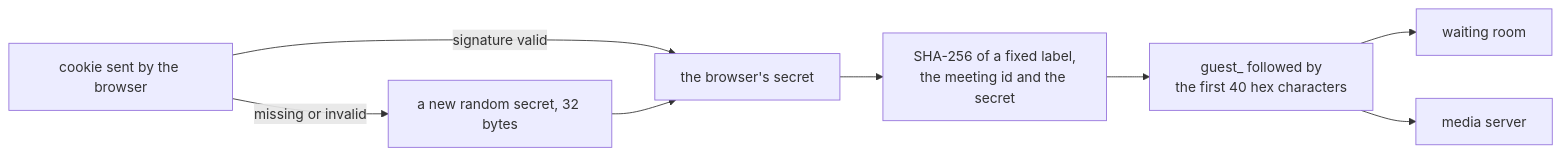
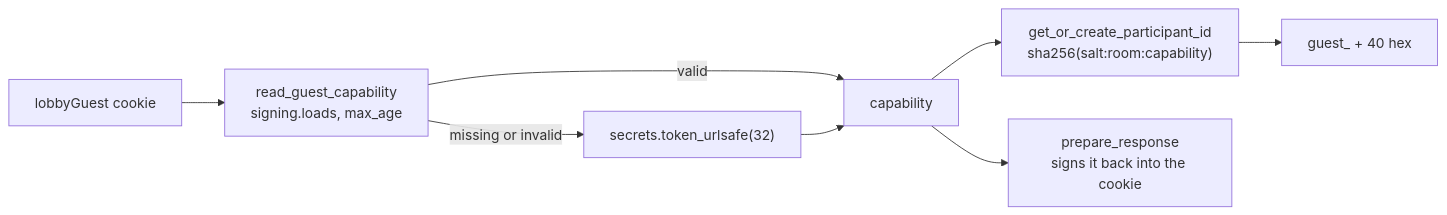
Before and after one commit to davd-gzl/agent-artifact: the diagram in meet/1762/overview.md, drawn with Mermaid. The commit also changed other lines of this file, not shown here.

````diff
--- a/meet/1762/overview.md
+++ b/meet/1762/overview.md
@@ -52,10 +34,10 @@
 ```mermaid
 flowchart LR
-    A["cookie sent by the browser"] -->|"signature valid"| B["the browser's secret"]
-    A -->|"missing or invalid"| C["a new random secret, 32 bytes"]
-    C --> B
-    B --> D["SHA-256 of a fixed label,<br/>the meeting id and the secret"]
-    D --> E["guest_ followed by<br/>the first 40 hex characters"]
-    E --> F["waiting room"]
-    E --> G["media server"]
+    A["lobbyGuest cookie"] --> R["read_guest_capability<br/>signing.loads, max_age"]
+    R -->|"valid"| C["capability"]
+    R -->|"missing or invalid"| N["secrets.token_urlsafe(32)"]
+    N --> C
+    C --> G["get_or_create_participant_id<br/>sha256(salt:room:capability)"]
+    G --> P["guest_ + 40 hex"]
+    C --> W["prepare_response<br/>signs it back into the cookie"]
 ```
````
